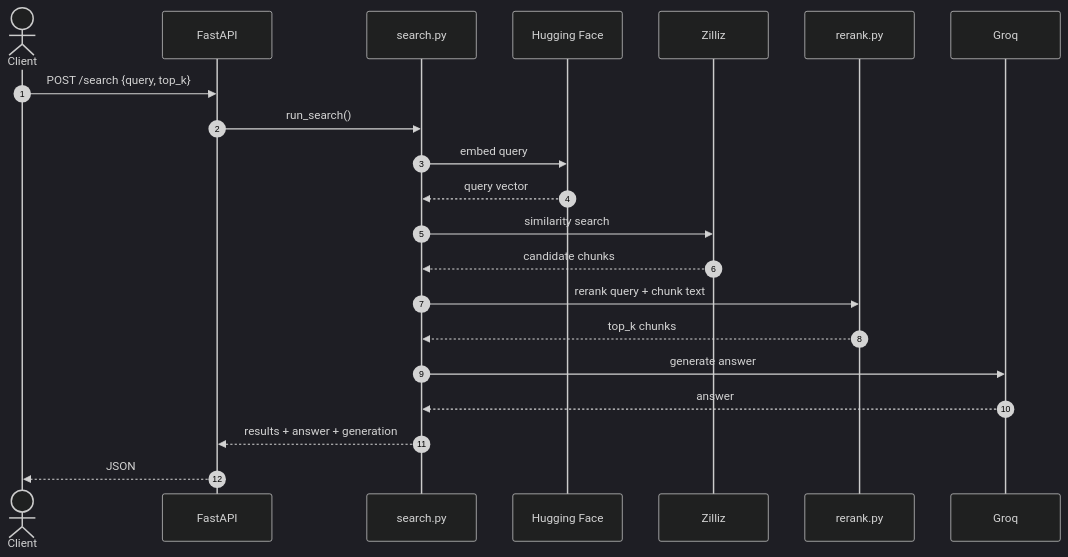
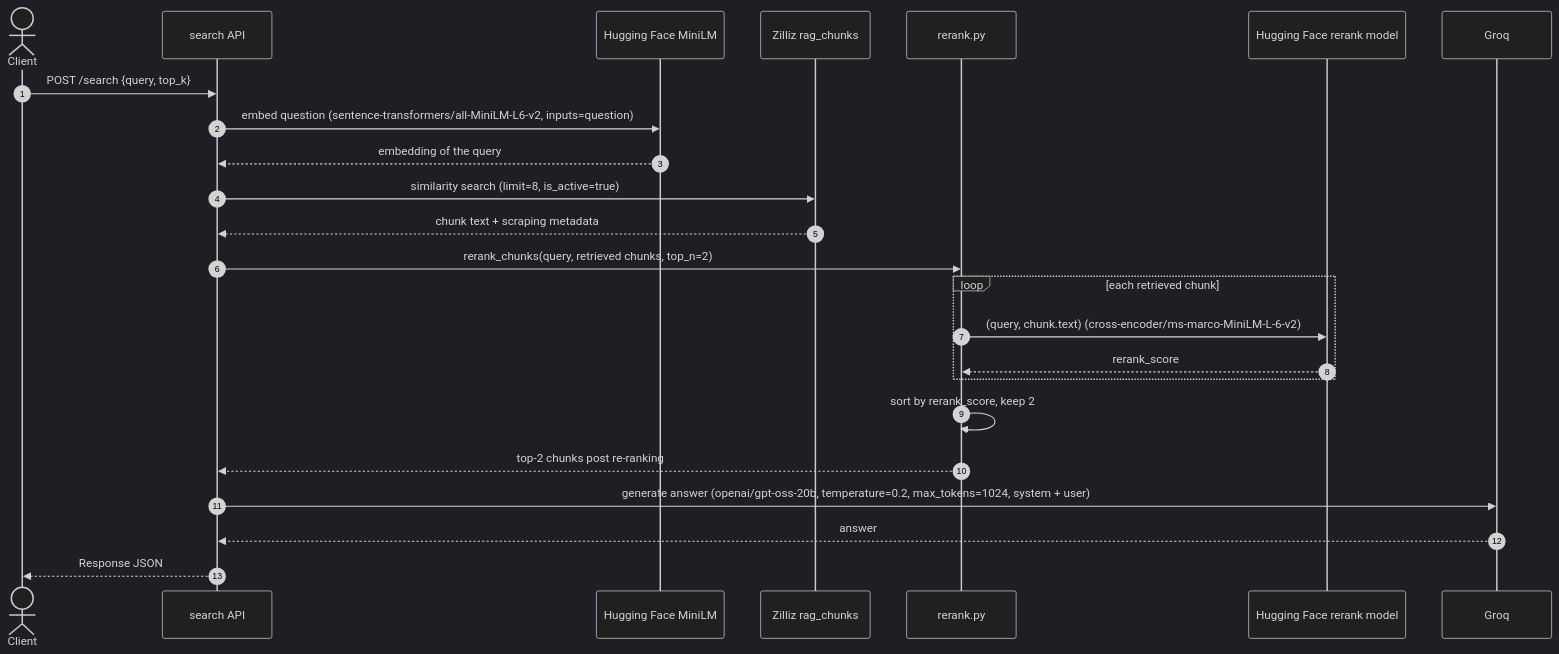
Before and after one commit to harshkumar1/startup-funding-rag: the second of 4 diagrams in impl/flow_diagram.md, drawn with Mermaid (dark theme). The commit also changed other lines of this file and 6 other files, not shown here.

Commit message:
fixing search flow diagram

````diff
--- a/impl/flow_diagram.md
+++ b/impl/flow_diagram.md
@@ -76,24 +76,27 @@
 ```mermaid
 sequenceDiagram
     autonumber
     actor Client
-    participant API as FastAPI
-    participant Search as search.py
-    participant HF as Hugging Face
-    participant Zilliz as Zilliz
+    participant API as search API
+    participant HF as Hugging Face MiniLM
+    participant Zilliz as Zilliz rag_chunks
     participant Rerank as rerank.py
+    participant HFRerank as Hugging Face rerank model
     participant Groq as Groq
 
     Client->>API: POST /search {query, top_k}
-    API->>Search: run_search()
-    Search->>HF: embed query
-    HF-->>Search: query vector
-    Search->>Zilliz: similarity search
-    Zilliz-->>Search: candidate chunks
-    Search->>Rerank: rerank query + chunk text
-    Rerank-->>Search: top_k chunks
-    Search->>Groq: generate answer
-    Groq-->>Search: answer
-    Search-->>API: results + answer + generation
-    API-->>Client: JSON
+    API->>HF: embed question (sentence-transformers/all-MiniLM-L6-v2, inputs=question)
+    HF-->>API: embedding of the query
+    API->>Zilliz: similarity search (limit=8, is_active=true)
+    Zilliz-->>API: chunk text + scraping metadata
+    API->>Rerank: rerank_chunks(query, retrieved chunks, top_n=2)
+    loop each retrieved chunk
+        Rerank->>HFRerank: (query, chunk.text) (cross-encoder/ms-marco-MiniLM-L-6-v2)
+        HFRerank-->>Rerank: rerank_score
+    end
+    Rerank->>Rerank: sort by rerank_score, keep 2
+    Rerank-->>API: top-2 chunks post re-ranking
+    API->>Groq: generate answer (openai/gpt-oss-20b, temperature=0.2, max_tokens=1024, system + user)
+    Groq-->>API: answer
+    API-->>Client: Response JSON
 ```
````
